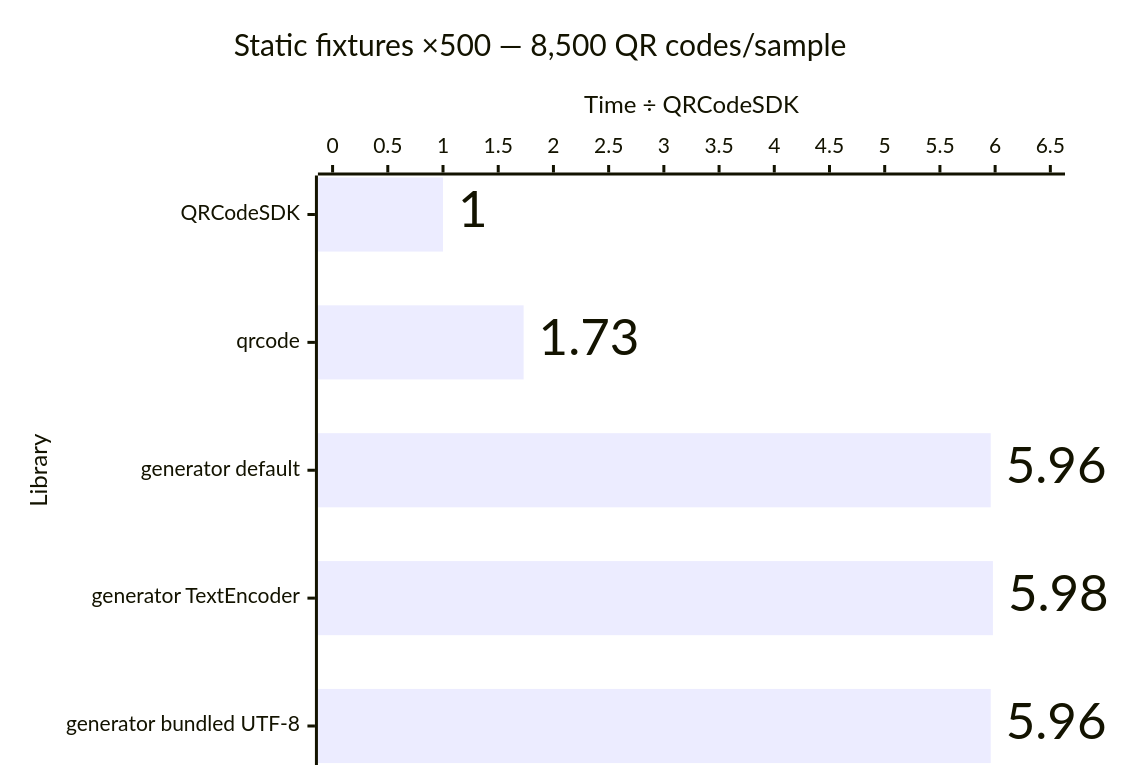
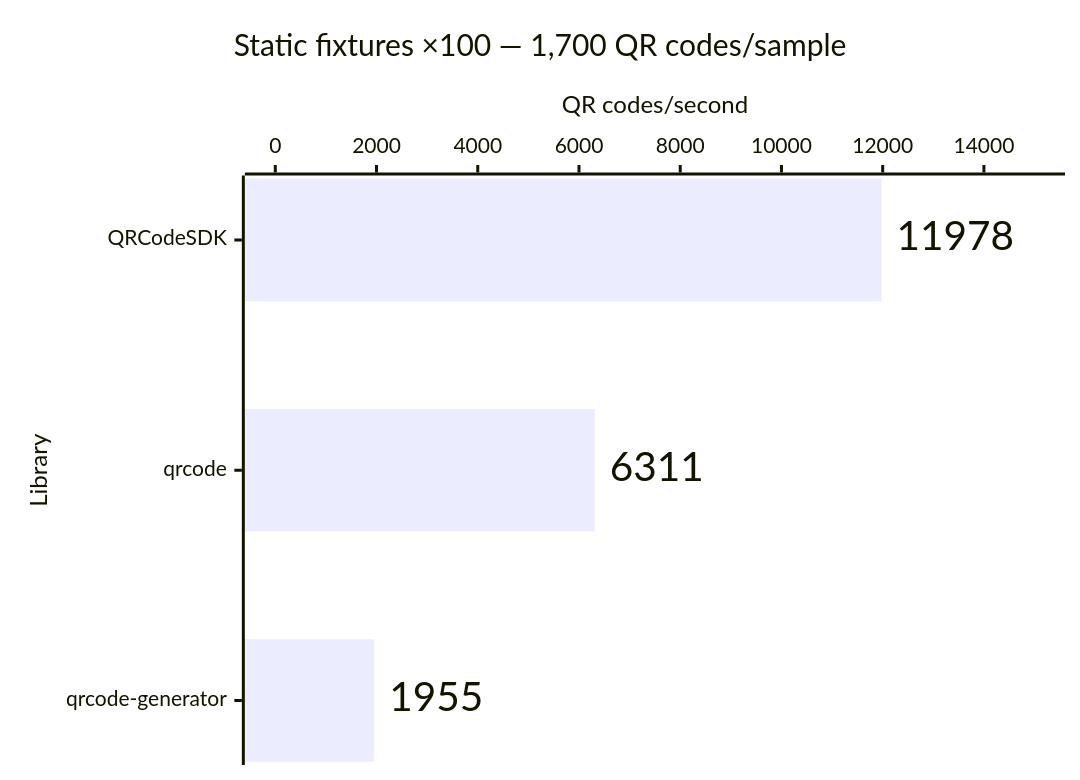
The third of 14 diagrams in apps/docs/src/content/docs/learn/performance.md (Dafnik/qrcodesdk), drawn with Mermaid before and after one commit. The commit also changed other lines of this file and 21 other files, not shown here.

````diff
--- a/apps/docs/src/content/docs/learn/performance.md
+++ b/apps/docs/src/content/docs/learn/performance.md
@@ -58,15 +61,15 @@
 ```mermaid
 ---
 config:
   xyChart:
     showDataLabel: true
     showDataLabelOutsideBar: true
 ---
 xychart horizontal
-  accTitle: Matrix generation: Static fixtures ×500 — 8,500 QR codes/sample
-  accDescr: Relative median time compared with QRCodeSDK. QRCodeSDK 1.00 times, qrcode 1.73 times, generator default 5.96 times, generator TextEncoder 5.98 times, generator bundled UTF-8 5.96 times. Lower is better.
-  title "Static fixtures ×500 — 8,500 QR codes/sample"
-  x-axis "Library" ["QRCodeSDK", "qrcode", "generator default", "generator TextEncoder", "generator bundled UTF-8"]
-  y-axis "Time ÷ QRCodeSDK" 0 --> 6.5
-  bar [1.00, 1.73, 5.96, 5.98, 5.96]
+  accTitle: Matrix generation: Static fixtures ×100 — 1,700 QR codes/sample
+  accDescr: Throughput calculated from median time. QRCodeSDK 11,978 QR codes per second, qrcode 6,311 QR codes per second, qrcode-generator 1,955 QR codes per second. Higher is better.
+  title "Static fixtures ×100 — 1,700 QR codes/sample"
+  x-axis "Library" ["QRCodeSDK", "qrcode", "qrcode-generator"]
+  y-axis "QR codes/second" 0 --> 15000
+  bar [11978, 6311, 1955]
 ```
````
